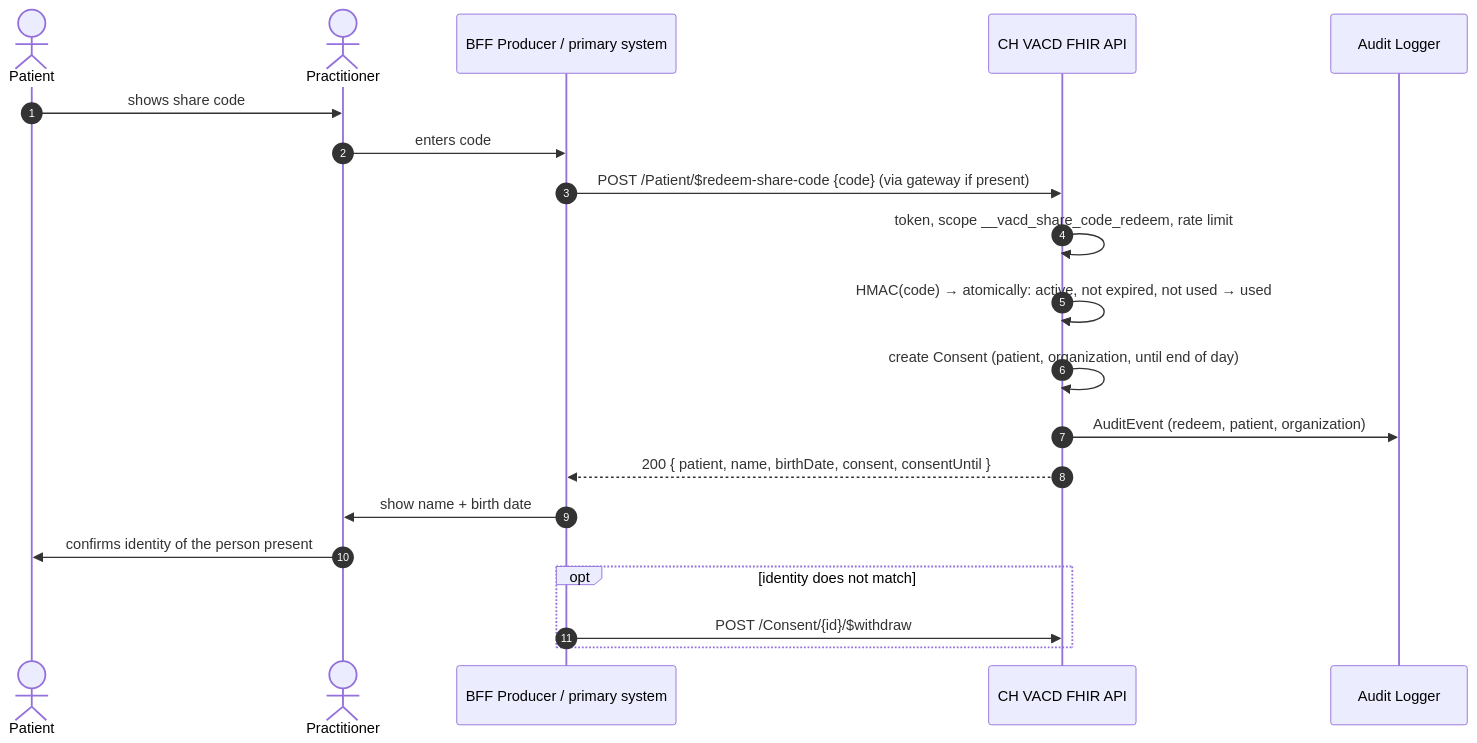
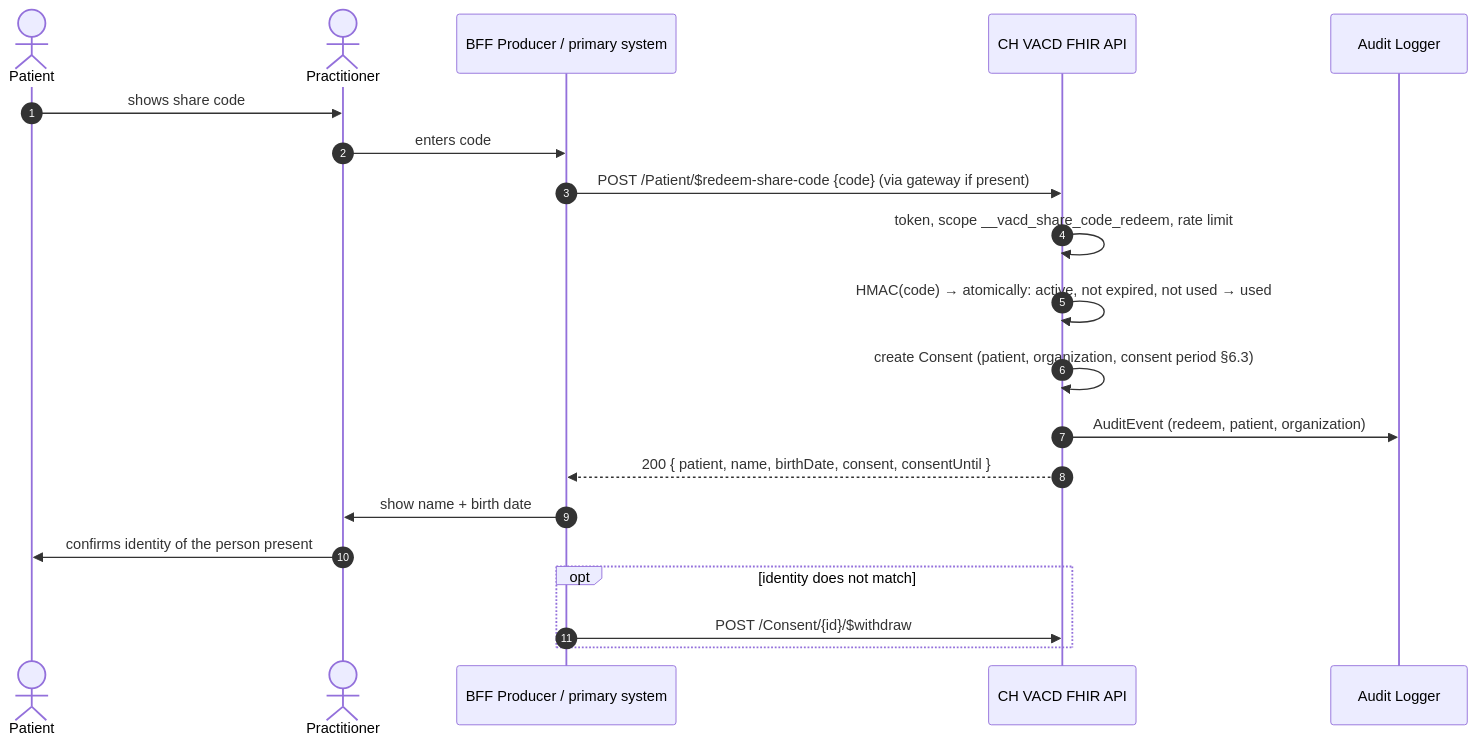
Before and after one commit to wg-hl7-openehr-ch/vaccination-domain-poc: the second of 3 diagrams in docs/security/security.md, drawn with Mermaid. The commit also changed other lines of this file and 2 other files, not shown here.

````diff
--- a/docs/security/security.md
+++ b/docs/security/security.md
@@ -425,23 +434,23 @@
 ```mermaid
 sequenceDiagram
     autonumber
     actor P as Patient
     actor D as Practitioner
     participant PR as BFF Producer / primary system
     participant API as CH VACD FHIR API
     participant AUD as Audit Logger
 
     P->>D: shows share code
     D->>PR: enters code
     PR->>API: POST /Patient/$redeem-share-code {code}  (via gateway if present)
     API->>API: token, scope __vacd_share_code_redeem, rate limit
     API->>API: HMAC(code) → atomically: active, not expired, not used → used
-    API->>API: create Consent (patient, organization, until end of day)
+    API->>API: create Consent (patient, organization, consent period §6.3)
     API->>AUD: AuditEvent (redeem, patient, organization)
     API-->>PR: 200 { patient, name, birthDate, consent, consentUntil }
     PR->>D: show name + birth date
     D->>P: confirms identity of the person present
     opt identity does not match
         PR->>API: POST /Consent/{id}/$withdraw
     end
 ```
````
